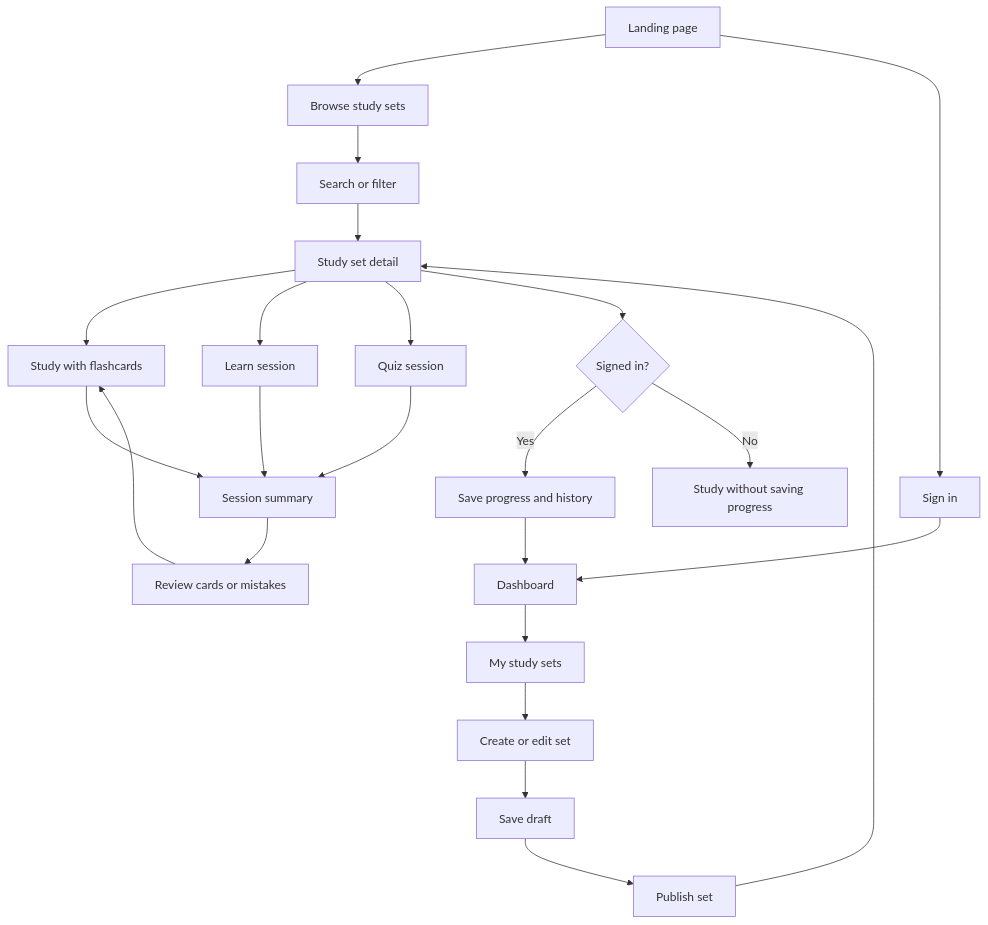
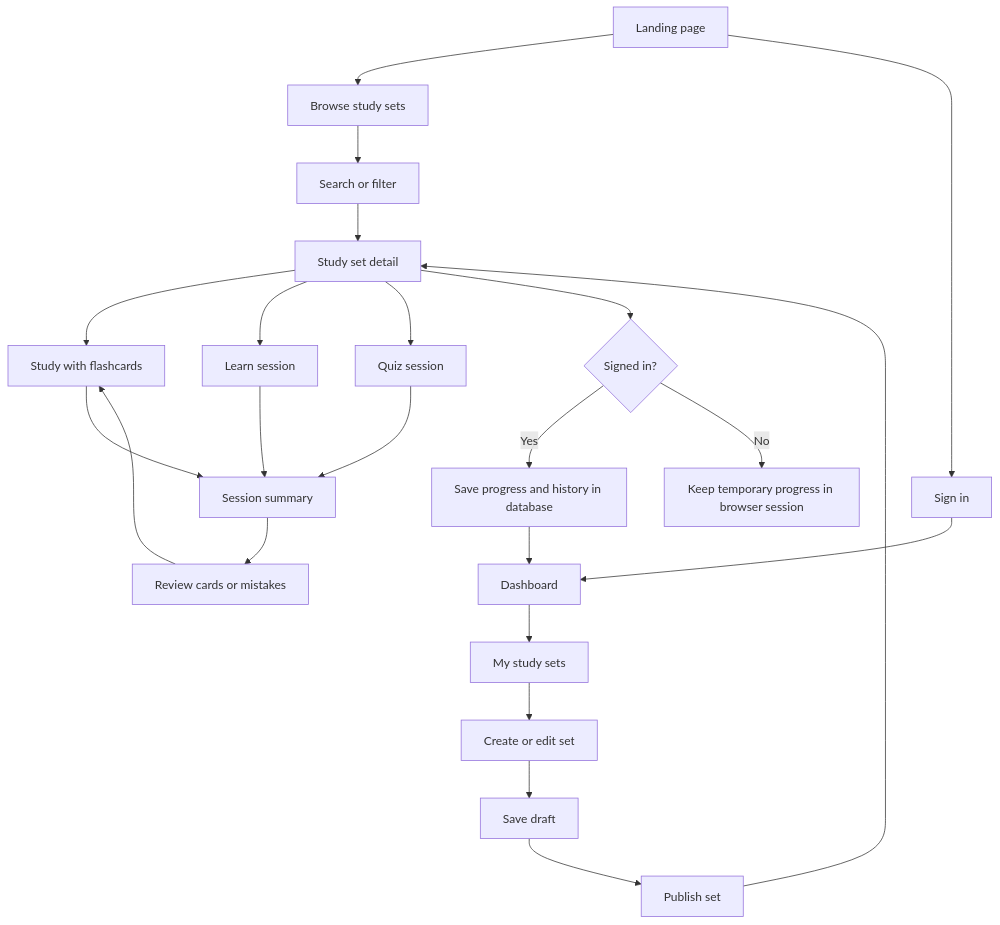
One commit to bashir-muhammad/study-sphere changed the first of 3 diagrams in docs/flow.md. Above: the diagram before and after it, drawn with Mermaid. The commit also changed other lines of this file and 2 other files, not shown here.

````diff
--- a/docs/flow.md
+++ b/docs/flow.md
@@ -8,25 +8,25 @@
 ```mermaid
 flowchart TD
     A[Landing page] --> B[Browse study sets]
     B --> C[Search or filter]
     C --> D[Study set detail]
     D --> E[Study with flashcards]
     D --> F[Learn session]
     D --> Q[Quiz session]
     E --> G[Session summary]
     F --> G
     Q --> G
     G --> H[Review cards or mistakes]
     H --> E
     D --> S{Signed in?}
-    S -->|Yes| P[Save progress and history]
-    S -->|No| T[Study without saving progress]
+    S -->|Yes| P[Save progress and history in database]
+    S -->|No| T[Keep temporary progress in browser session]
     P --> J
     A --> I[Sign in]
     I --> J[Dashboard]
     J --> K[My study sets]
     K --> L[Create or edit set]
     L --> M[Save draft]
     M --> N[Publish set]
     N --> D
 ```
````
